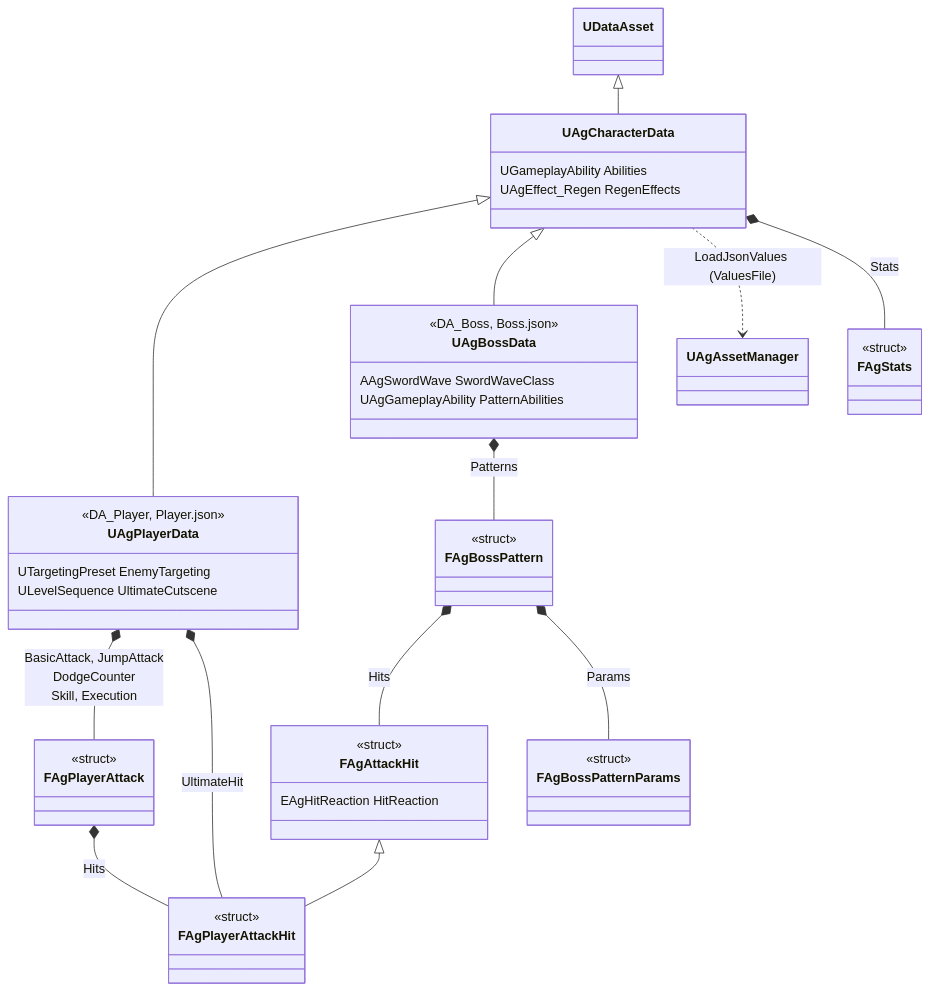
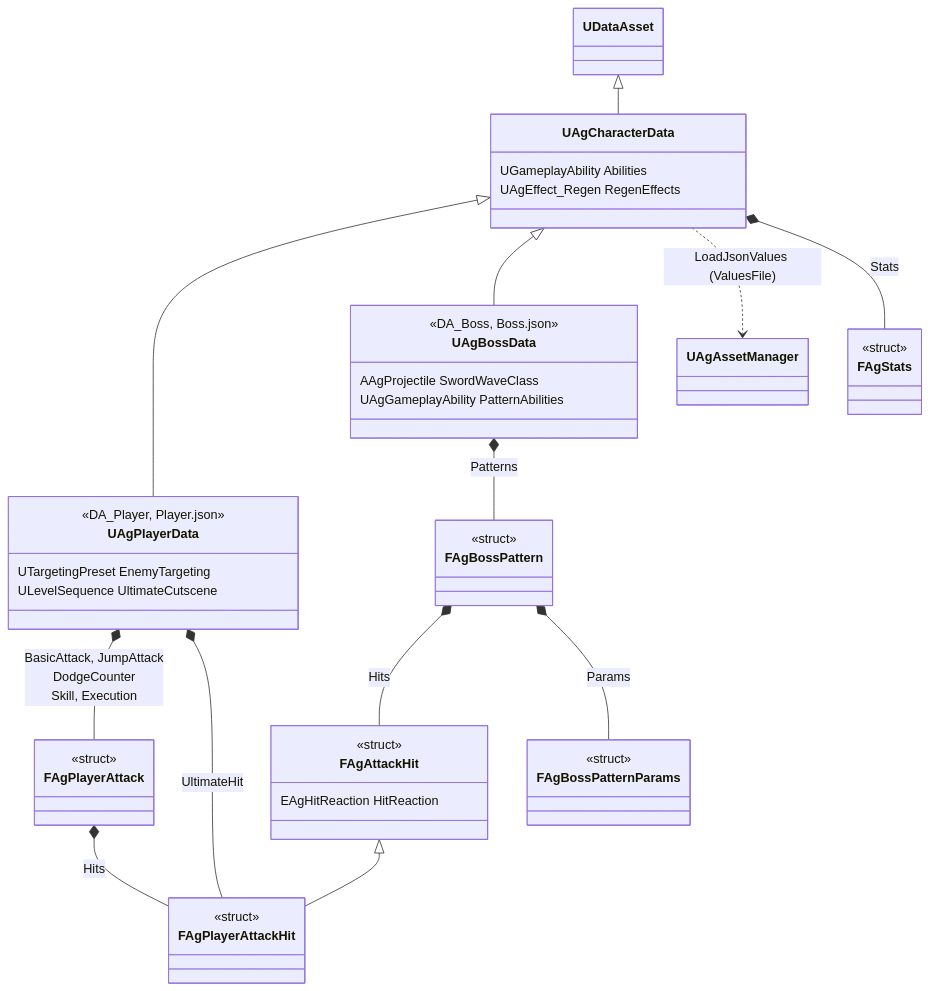
One commit to Woogl/Ag changed the first of 2 diagrams in Docs/Program/JSON과 DataAsset.md. Above: the diagram before and after it, drawn with Mermaid. The commit also changed 51 other files, not shown here.

````diff
--- a/Docs/Program/JSON과 DataAsset.md
+++ b/Docs/Program/JSON과 DataAsset.md
@@ -30,50 +30,50 @@
 ```mermaid
 classDiagram
     direction TB
     class UAgCharacterData {
         UGameplayAbility Abilities
         UAgEffect_Regen RegenEffects
     }
     class UAgPlayerData {
         <<DA_Player, Player.json>>
         UTargetingPreset EnemyTargeting
         ULevelSequence UltimateCutscene
     }
     class UAgBossData {
         <<DA_Boss, Boss.json>>
-        AAgSwordWave SwordWaveClass
+        AAgProjectile SwordWaveClass
         UAgGameplayAbility PatternAbilities
     }
     class FAgStats {
         <<struct>>
     }
     class FAgPlayerAttack {
         <<struct>>
     }
     class FAgBossPattern {
         <<struct>>
     }
     class FAgBossPatternParams {
         <<struct>>
     }
     class FAgAttackHit {
         <<struct>>
         EAgHitReaction HitReaction
     }
     class FAgPlayerAttackHit {
         <<struct>>
     }
     UDataAsset <|-- UAgCharacterData
     UAgCharacterData <|-- UAgPlayerData
     UAgCharacterData <|-- UAgBossData
     UAgCharacterData ..> UAgAssetManager : LoadJsonValues (ValuesFile)
 
     UAgCharacterData *-- FAgStats : Stats
     UAgPlayerData *-- FAgPlayerAttack : BasicAttack, JumpAttack<br>DodgeCounter<br>Skill, Execution
     UAgPlayerData *-- FAgPlayerAttackHit : UltimateHit
     UAgBossData *-- FAgBossPattern : Patterns
     FAgAttackHit <|-- FAgPlayerAttackHit
     FAgPlayerAttack *-- FAgPlayerAttackHit : Hits
     FAgBossPattern *-- FAgAttackHit : Hits
     FAgBossPattern *-- FAgBossPatternParams : Params
 ```
````
